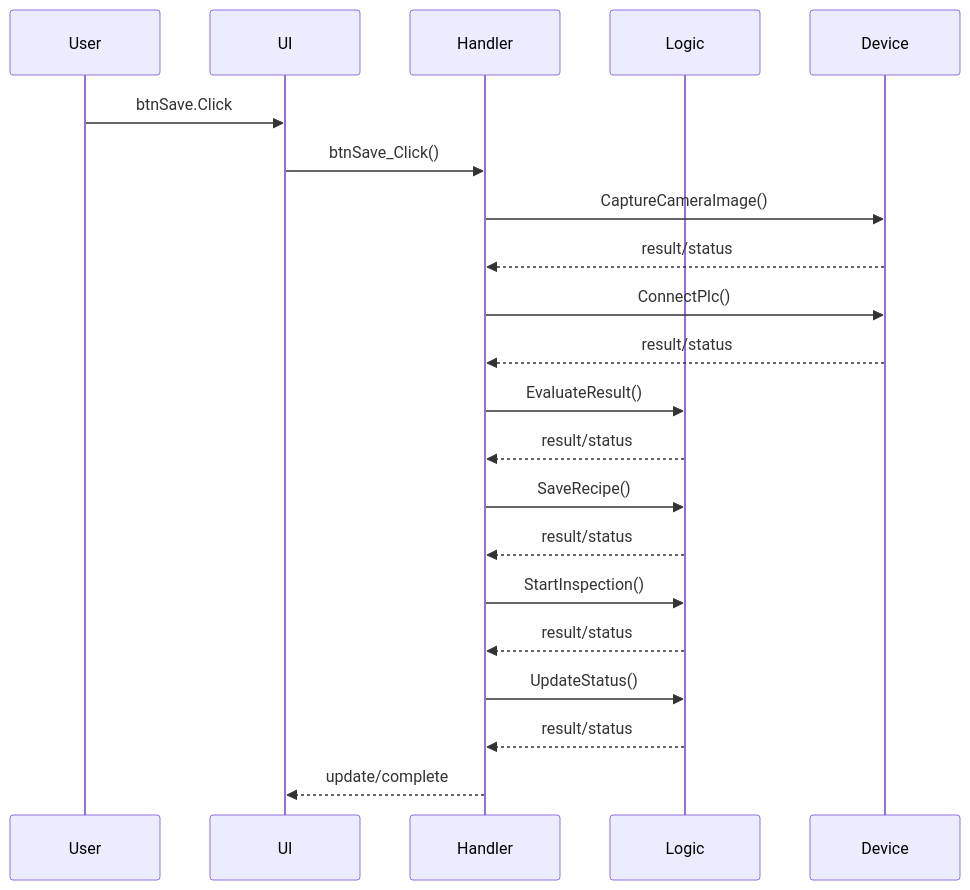
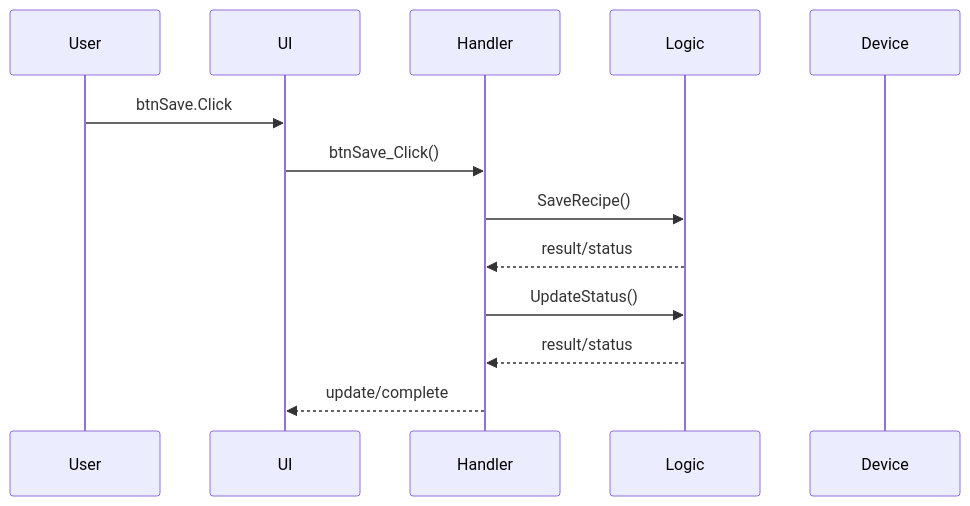
The first of 2 diagrams in dotnet-gui-handover-skills/examples/vbnet-large-file-doc-test/docs/chunks/event_flows/0001_btnSave.Click_btnSave_Click.md (SakiKiaya/skills), drawn with Mermaid before and after one commit. The commit also changed other lines of this file and 280 other files, not shown here.

````diff
--- a/dotnet-gui-handover-skills/examples/vbnet-large-file-doc-test/docs/chunks/event_flows/0001_btnSave.Click_btnSave_Click.md
+++ b/dotnet-gui-handover-skills/examples/vbnet-large-file-doc-test/docs/chunks/event_flows/0001_btnSave.Click_btnSave_Click.md
@@ -15,23 +15,15 @@
 ```mermaid
 sequenceDiagram
   participant User
   participant UI
   participant Handler
   participant Logic
   participant Device
   User->>UI: btnSave.Click
   UI->>Handler: btnSave_Click()
-  Handler->>Device: CaptureCameraImage()
-  Device-->>Handler: result/status
-  Handler->>Device: ConnectPlc()
-  Device-->>Handler: result/status
-  Handler->>Logic: EvaluateResult()
-  Logic-->>Handler: result/status
   Handler->>Logic: SaveRecipe()
-  Logic-->>Handler: result/status
-  Handler->>Logic: StartInspection()
   Logic-->>Handler: result/status
   Handler->>Logic: UpdateStatus()
   Logic-->>Handler: result/status
   Handler-->>UI: update/complete
 ```
````
